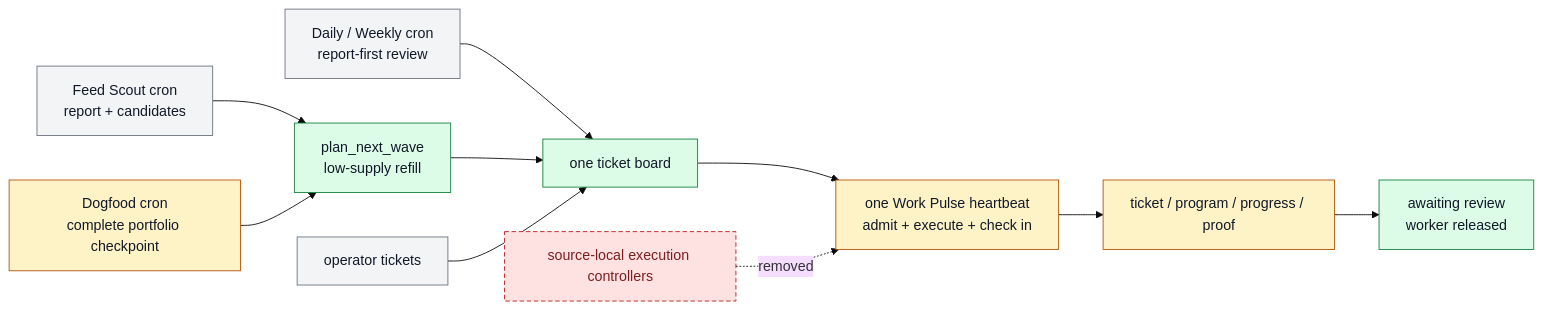
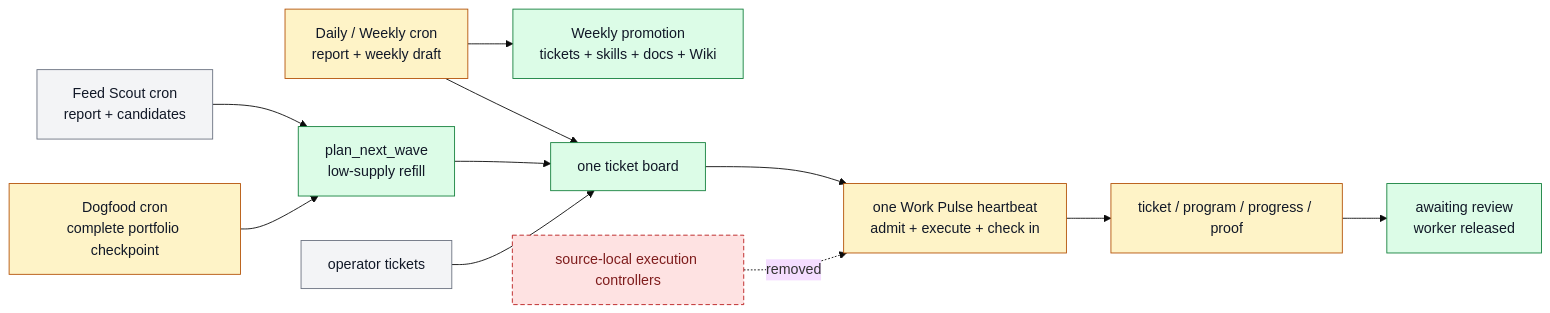
Before and after one commit to ZanarkandTechnologies/Farplane: the diagram in docs/farplane-framework/pulse-and-interval-loop.md, drawn with Mermaid (base theme). The commit also changed other lines of this file and 30 other files, not shown here.

Commit message:
feat(interval): stage daily knowledge for weekly promotion

````diff
--- a/docs/farplane-framework/pulse-and-interval-loop.md
+++ b/docs/farplane-framework/pulse-and-interval-loop.md
@@ -87,26 +90,28 @@
 ```mermaid
 flowchart LR
   classDef keep fill:#f3f4f6,stroke:#6b7280,color:#111827
   classDef changed fill:#fef3c7,stroke:#b45309,color:#111827
   classDef added fill:#dcfce7,stroke:#15803d,color:#111827
   classDef retired fill:#fee2e2,stroke:#b91c1c,color:#7f1d1d,stroke-dasharray: 5 3
 
   planner["plan_next_wave<br/>low-supply refill"]:::added
   feed["Feed Scout cron<br/>report + candidates"]:::keep
-  interval["Daily / Weekly cron<br/>report-first review"]:::keep
+  interval["Daily / Weekly cron<br/>report + weekly draft"]:::changed
+  knowledge["Weekly promotion<br/>tickets + skills + docs + Wiki"]:::added
   dogfood["Dogfood cron<br/>complete portfolio checkpoint"]:::changed
   operator["operator tickets"]:::keep
   board["one ticket board"]:::added
   pulse["one Work Pulse heartbeat<br/>admit + execute + check in"]:::changed
   worker["ticket / program / progress / proof"]:::changed
   review["awaiting review<br/>worker released"]:::added
   controllers["source-local execution controllers"]:::retired
 
   feed --> planner
   interval --> board
+  interval --> knowledge
   dogfood --> planner
   planner --> board
   operator --> board
   board --> pulse --> worker --> review
   controllers -. removed .-> pulse
 ```
````
